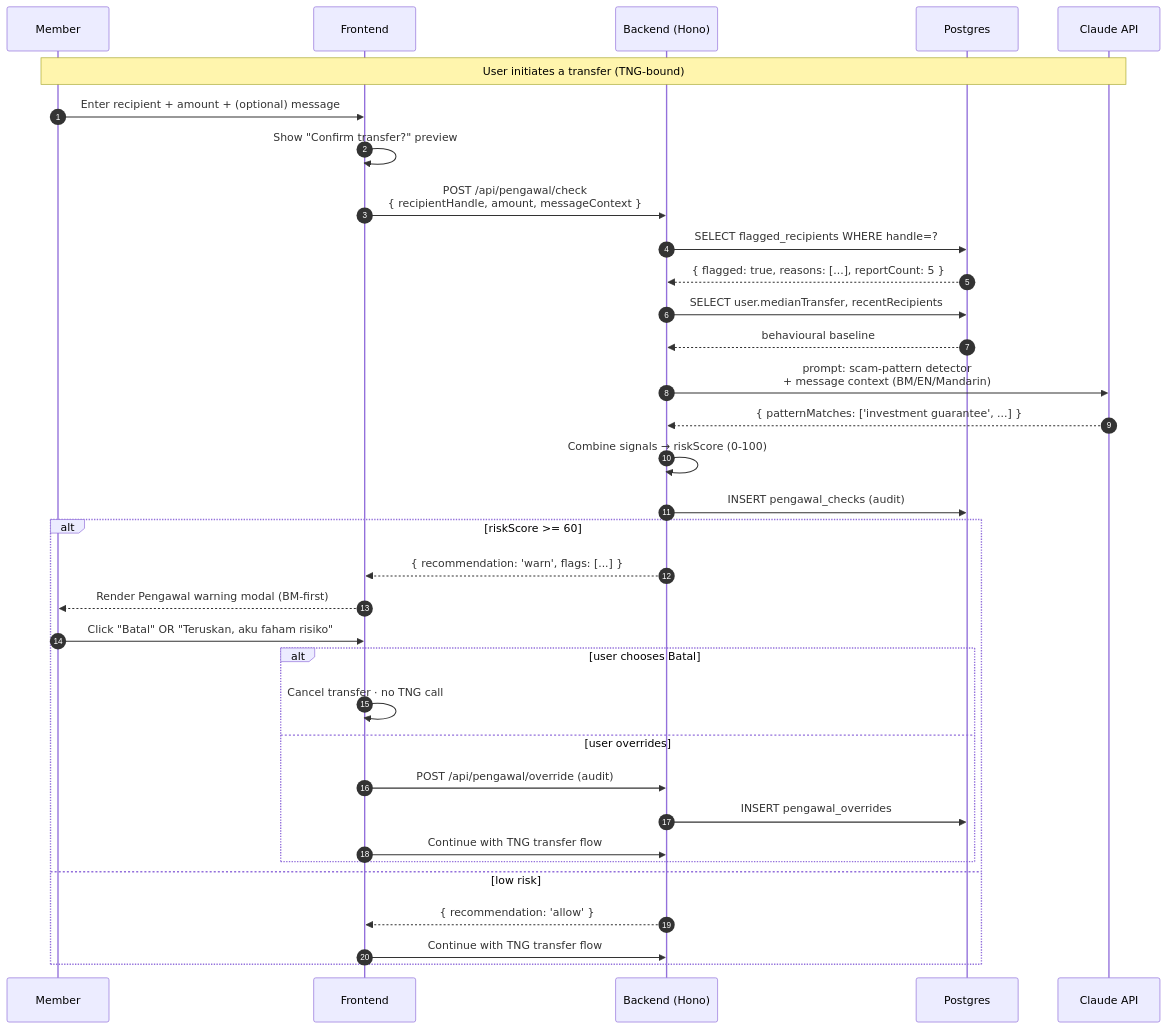
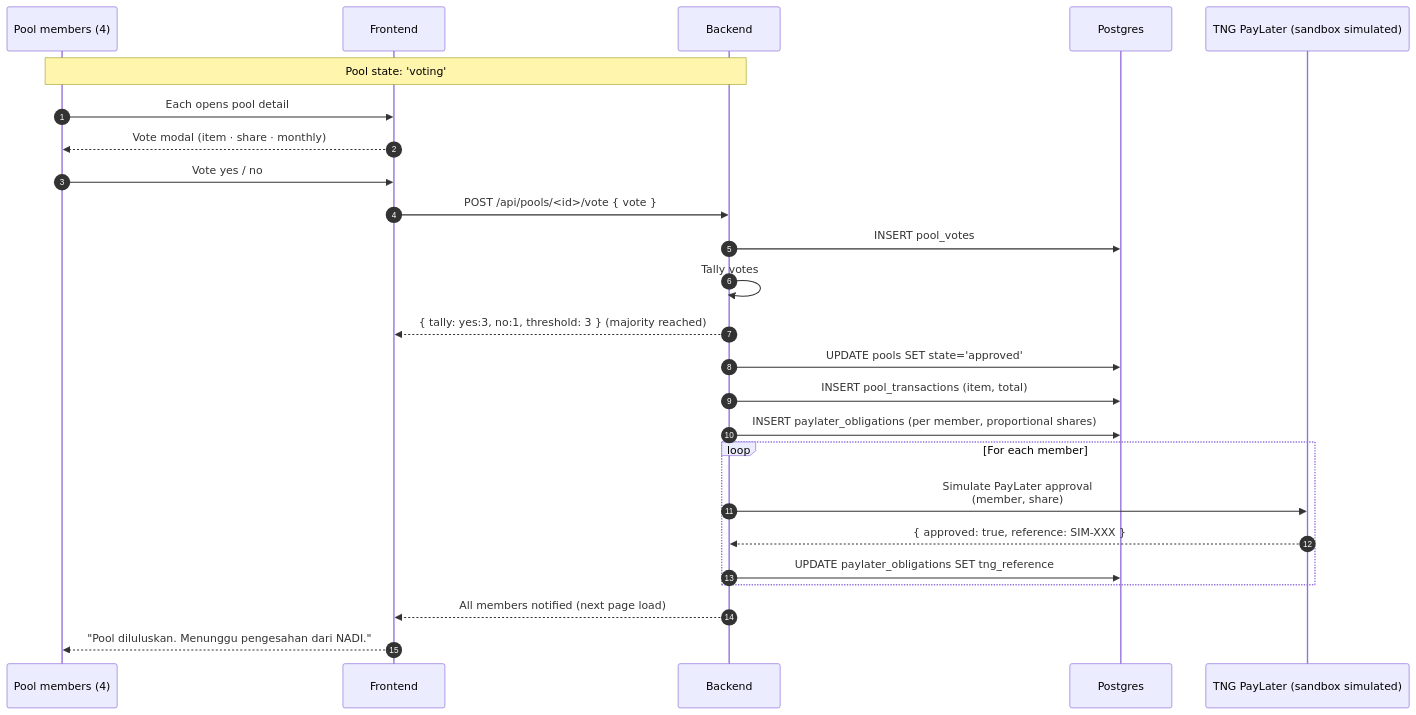
Before and after one commit to Zen0space/R2-D2-Finhack: the fourth of 8 diagrams in ARCHITECTURE.md, drawn with Mermaid. The commit also changed other lines of this file and 26 other files, not shown here.

````diff
--- a/ARCHITECTURE.md
+++ b/ARCHITECTURE.md
@@ -194,41 +129,31 @@
 ```mermaid
 sequenceDiagram
     autonumber
-    participant U as Member
+    participant Members as Pool members (4)
     participant F as Frontend
-    participant A as Backend (Hono)
+    participant A as Backend
     participant P as Postgres
-    participant C as Claude API
+    participant T as TNG PayLater (sandbox simulated)
 
-    Note over U,C: User initiates a transfer (TNG-bound)
-    U->>F: Enter recipient + amount + (optional) message
-    F->>F: Show "Confirm transfer?" preview
-    F->>A: POST /api/pengawal/check<br/>{ recipientHandle, amount, messageContext }
+    Note over Members,A: Pool state: 'voting'
+    Members->>F: Each opens pool detail
+    F-->>Members: Vote modal (item · share · monthly)
+    Members->>F: Vote yes / no
+    F->>A: POST /api/pools/<id>/vote { vote }
+    A->>P: INSERT pool_votes
+    A->>A: Tally votes
+    A-->>F: { tally: yes:3, no:1, threshold: 3 } (majority reached)
 
-    A->>P: SELECT flagged_recipients WHERE handle=?
-    P-->>A: { flagged: true, reasons: [...], reportCount: 5 }
-    A->>P: SELECT user.medianTransfer, recentRecipients
-    P-->>A: behavioural baseline
+    A->>P: UPDATE pools SET state='approved'
+    A->>P: INSERT pool_transactions (item, total)
+    A->>P: INSERT paylater_obligations (per member, proportional shares)
 
-    A->>C: prompt: scam-pattern detector<br/>+ message context (BM/EN/Mandarin)
-    C-->>A: { patternMatches: ['investment guarantee', ...] }
+    loop For each member
+        A->>T: Simulate PayLater approval<br/>(member, share)
+        T-->>A: { approved: true, reference: SIM-XXX }
+        A->>P: UPDATE paylater_obligations SET tng_reference
+    end
 
-    A->>A: Combine signals → riskScore (0-100)
-    A->>P: INSERT pengawal_checks (audit)
-
-    alt riskScore >= 60
-        A-->>F: { recommendation: 'warn', flags: [...] }
-        F-->>U: Render Pengawal warning modal (BM-first)
-        U->>F: Click "Batal" OR "Teruskan, aku faham risiko"
-        alt user chooses Batal
-            F->>F: Cancel transfer · no TNG call
-        else user overrides
-            F->>A: POST /api/pengawal/override (audit)
-            A->>P: INSERT pengawal_overrides
-            F->>A: Continue with TNG transfer flow
-        end
-    else low risk
-        A-->>F: { recommendation: 'allow' }
-        F->>A: Continue with TNG transfer flow
-    end
+    A-->>F: All members notified (next page load)
+    F-->>Members: "Pool diluluskan. Menunggu pengesahan dari NADI."
 ```
````
